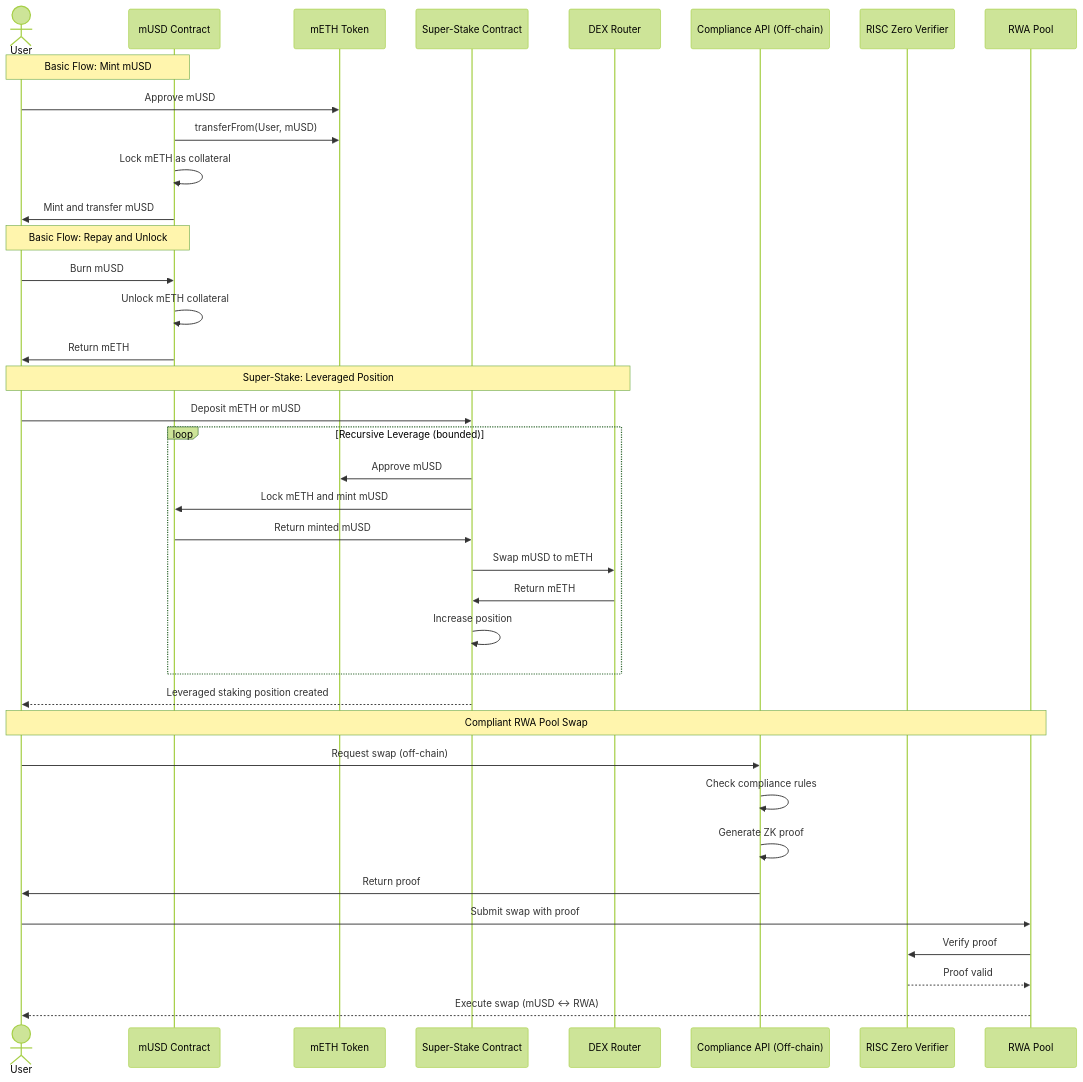
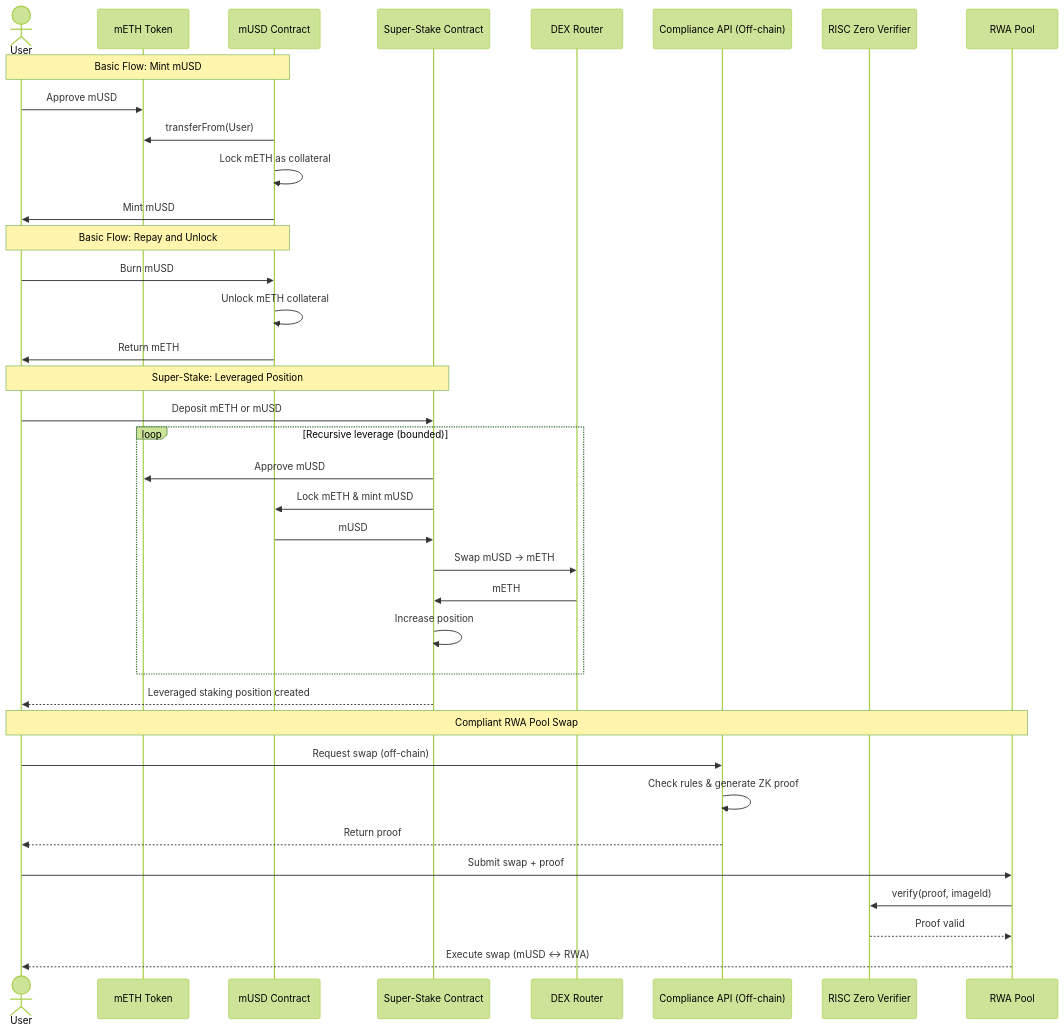
Before and after one commit to yehia67/mantle-usd: the fifth of 5 diagrams in README.md, drawn with Mermaid (forest theme). The commit also changed other lines of this file, not shown here.

````diff
--- a/README.md
+++ b/README.md
@@ -208,51 +273,50 @@
 ```mermaid
- sequenceDiagram
+sequenceDiagram
     actor User
+    participant mETH as mETH Token
     participant mUSD as mUSD Contract
-    participant mETH as mETH Token
     participant SuperStake as Super-Stake Contract
     participant DEX as DEX Router
     participant Compliance as Compliance API (Off-chain)
     participant Verifier as RISC Zero Verifier
     participant RWAPool as RWA Pool
 
     %% ========= BASIC mUSD MINTING =========
     Note over User,mUSD: Basic Flow: Mint mUSD
     User->>mETH: Approve mUSD
-    mUSD->>mETH: transferFrom(User, mUSD)
+    mUSD->>mETH: transferFrom(User)
     mUSD->>mUSD: Lock mETH as collateral
-    mUSD->>User: Mint and transfer mUSD
+    mUSD->>User: Mint mUSD
 
     Note over User,mUSD: Basic Flow: Repay and Unlock
     User->>mUSD: Burn mUSD
     mUSD->>mUSD: Unlock mETH collateral
     mUSD->>User: Return mETH
 
-    %% ========= SUPER STAKE LEVERAGE =========
-    Note over User,DEX: Super-Stake: Leveraged Position
+    %% ========= SUPER-STAKE LEVERAGE =========
+    Note over User,SuperStake: Super-Stake: Leveraged Position
     User->>SuperStake: Deposit mETH or mUSD
 
-    loop Recursive Leverage (bounded)
+    loop Recursive leverage (bounded)
         SuperStake->>mETH: Approve mUSD
-        SuperStake->>mUSD: Lock mETH and mint mUSD
-        mUSD->>SuperStake: Return minted mUSD
-        SuperStake->>DEX: Swap mUSD to mETH
-        DEX->>SuperStake: Return mETH
+        SuperStake->>mUSD: Lock mETH & mint mUSD
+        mUSD->>SuperStake: mUSD
+        SuperStake->>DEX: Swap mUSD → mETH
+        DEX->>SuperStake: mETH
         SuperStake->>SuperStake: Increase position
     end
 
     SuperStake-->>User: Leveraged staking position created
 
     %% ========= COMPLIANT RWA SWAP =========
     Note over User,RWAPool: Compliant RWA Pool Swap
     User->>Compliance: Request swap (off-chain)
-    Compliance->>Compliance: Check compliance rules
-    Compliance->>Compliance: Generate ZK proof
-    Compliance->>User: Return proof
+    Compliance->>Compliance: Check rules & generate ZK proof
+    Compliance-->>User: Return proof
 
-    User->>RWAPool: Submit swap with proof
-    RWAPool->>Verifier: Verify proof
+    User->>RWAPool: Submit swap + proof
+    RWAPool->>Verifier: verify(proof, imageId)
     Verifier-->>RWAPool: Proof valid
     RWAPool-->>User: Execute swap (mUSD ↔ RWA)
 
 ```
````
